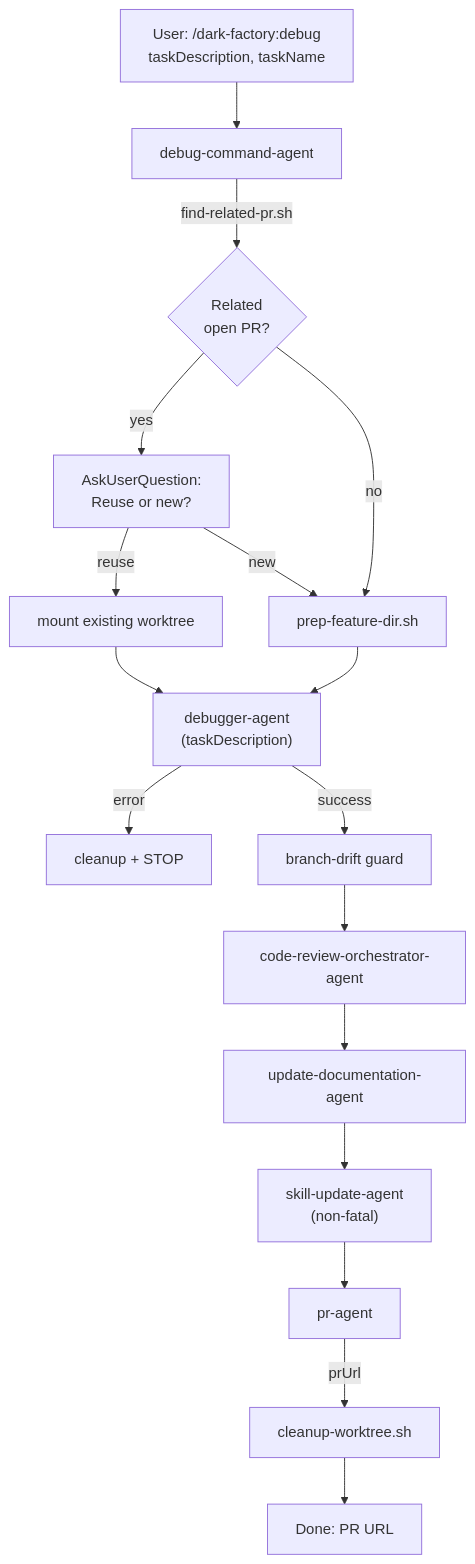
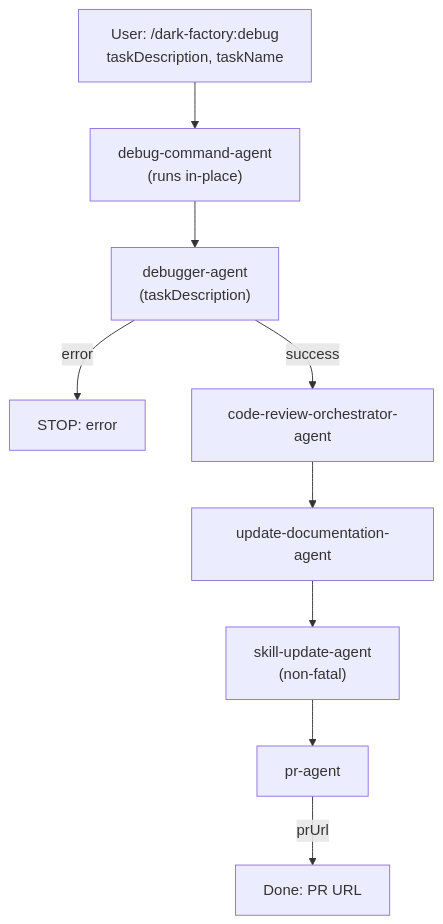
Before and after one commit to lewibs/dark-factory: the diagram in docs/docs/debug-command-agent.md, drawn with Mermaid. The commit also changed other lines of this file and 7 other files, not shown here.

Commit message:
feat(dark-factory): add gotoworktree command skill and complete worktree prep removal

````diff
--- a/docs/docs/debug-command-agent.md
+++ b/docs/docs/debug-command-agent.md
@@ -13,24 +13,16 @@
 ```mermaid
 flowchart TD
   User["User: /dark-factory:debug\ntaskDescription, taskName"] --> DCA
 
-  DCA["debug-command-agent"]
+  DCA["debug-command-agent\n(runs in-place)"]
 
-  DCA -->|"find-related-pr.sh"| PR_CHECK{"Related\nopen PR?"}
-  PR_CHECK -->|"yes"| AUQ["AskUserQuestion:\nReuse or new?"]
-  AUQ -->|"reuse"| WT_REUSE["mount existing worktree"]
-  AUQ -->|"new"| WT_NEW["prep-feature-dir.sh"]
-  PR_CHECK -->|"no"| WT_NEW
+  DCA --> DA["debugger-agent\n(taskDescription)"]
 
-  WT_REUSE & WT_NEW --> DA["debugger-agent\n(taskDescription)"]
+  DA -->|"error"| ERR["STOP: error"]
+  DA -->|"success"| CRO["code-review-orchestrator-agent"]
 
-  DA -->|"error"| ERR["cleanup + STOP"]
-  DA -->|"success"| DRIFT["branch-drift guard"]
-
-  DRIFT --> CRO["code-review-orchestrator-agent"]
   CRO --> UDA["update-documentation-agent"]
   UDA --> SUA["skill-update-agent\n(non-fatal)"]
   SUA --> PRA["pr-agent"]
-  PRA -->|"prUrl"| CLEAN["cleanup-worktree.sh"]
-  CLEAN --> Done["Done: PR URL"]
+  PRA -->|"prUrl"| Done["Done: PR URL"]
 ```
````
